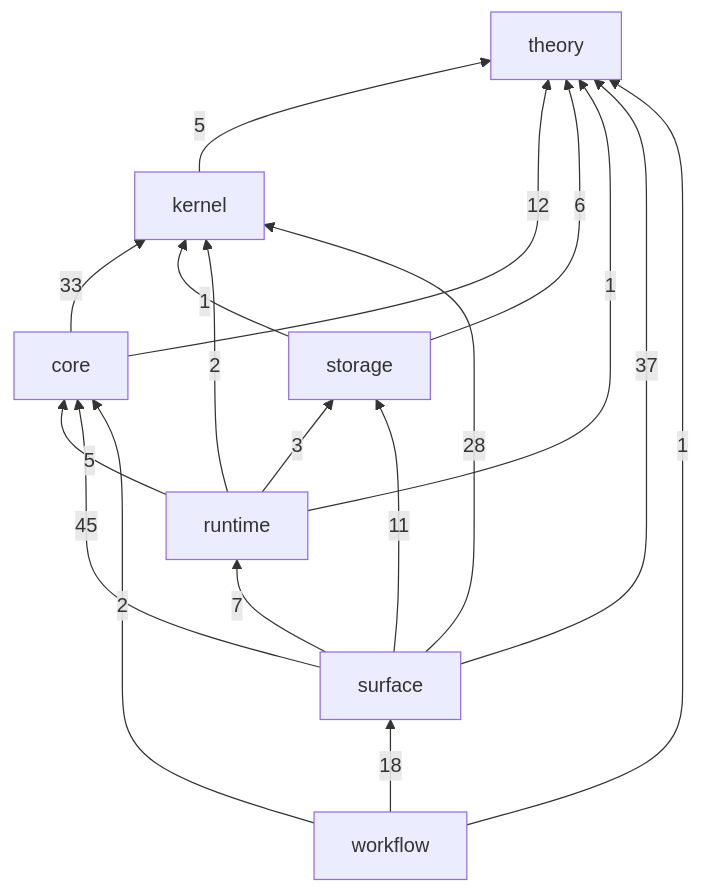
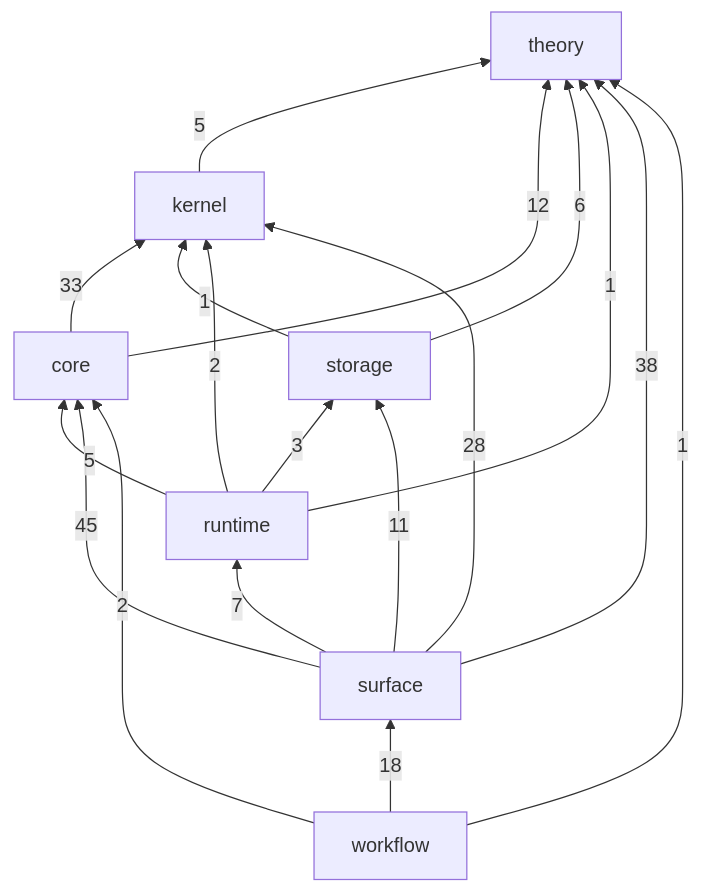
One commit to gandr-lang/gandr changed the first of 2 diagrams in crates/README.md. Above: the diagram before and after it, drawn with Mermaid. The commit also changed 1 other file, not shown here.

Commit message:
docs(surface): the crate map names the diagnostics' theory edge
A located refusal holds its law by the name that theory-levitation
gives, so surface-diagnostics depends on that crate. The crate map and
its count of edges from the surface to the theories take the edge.

Refs: #7403

````diff
--- a/crates/README.md
+++ b/crates/README.md
@@ -27,27 +27,27 @@
 ```mermaid
 flowchart BT
   theory
   kernel
   core
   storage
   runtime
   surface
   workflow
   kernel -->|5| theory
   core -->|12| theory
   core -->|33| kernel
   storage -->|6| theory
   storage -->|1| kernel
   runtime -->|1| theory
   runtime -->|2| kernel
   runtime -->|5| core
   runtime -->|3| storage
-  surface -->|37| theory
+  surface -->|38| theory
   surface -->|28| kernel
   surface -->|45| core
   surface -->|11| storage
   surface -->|7| runtime
   workflow -->|1| theory
   workflow -->|2| core
   workflow -->|18| surface
 ```
````
